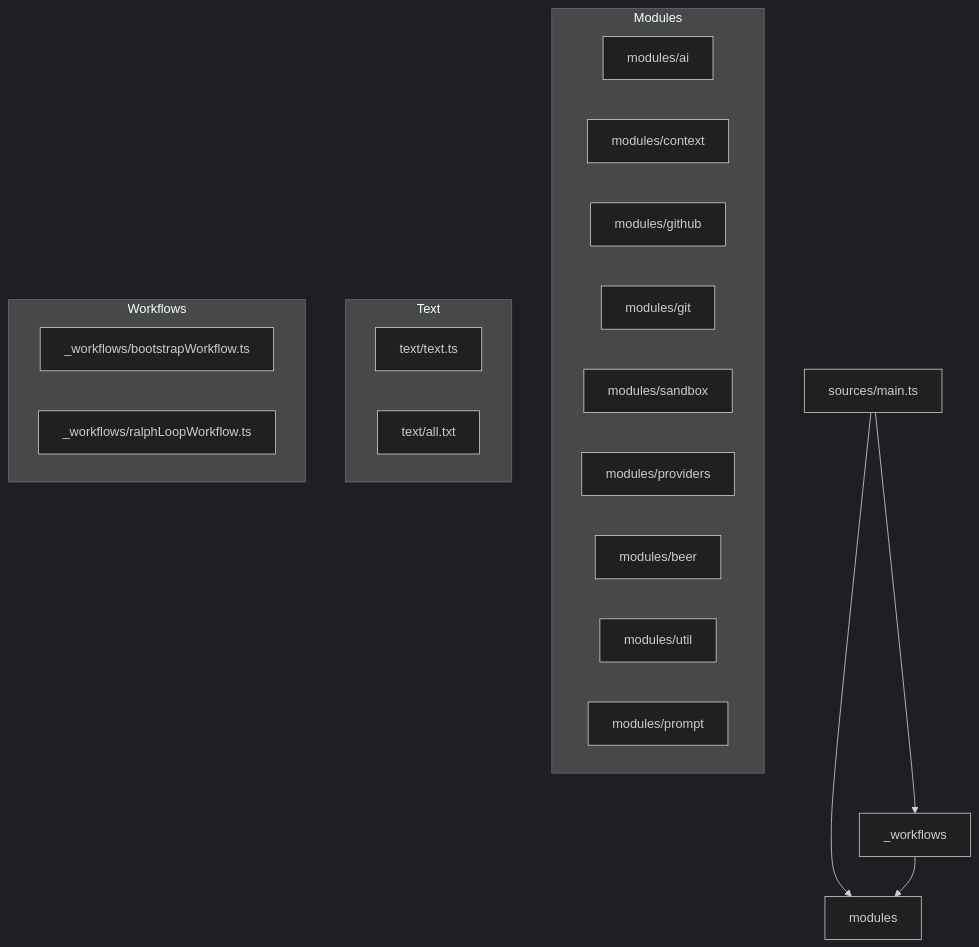
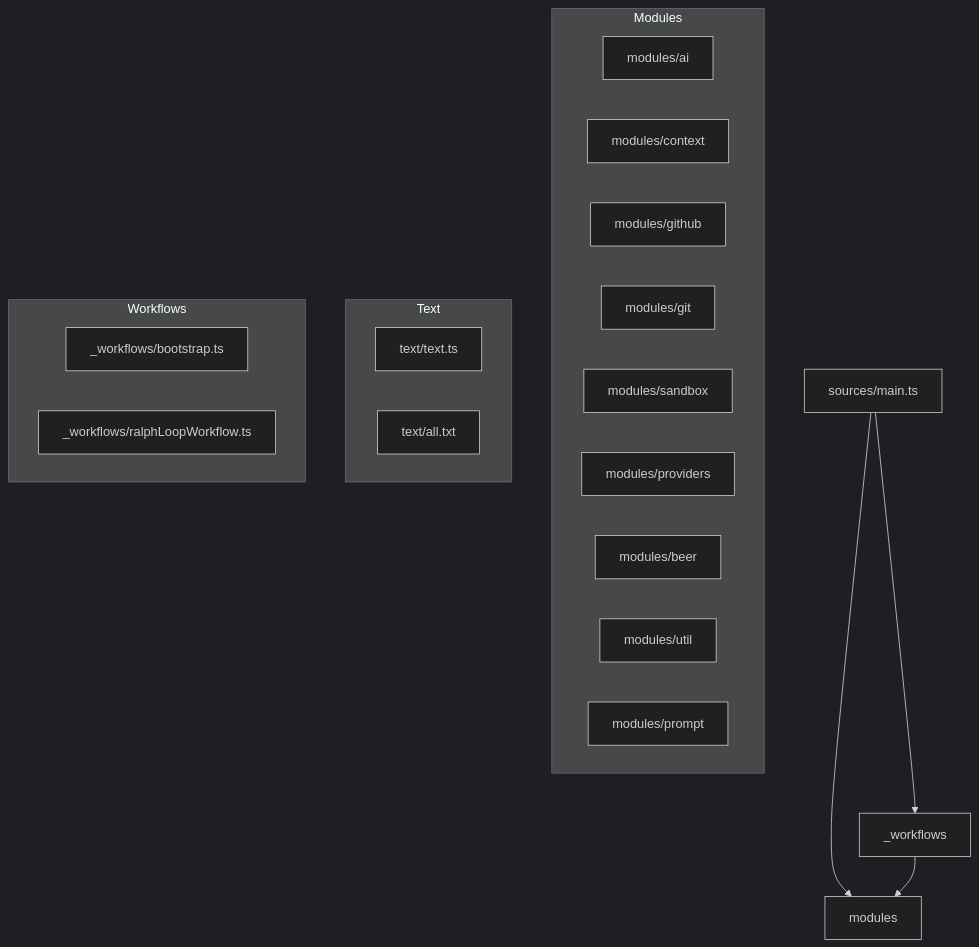
One commit to ex3ndr/holdmybeer changed the diagram in doc/modules-apps-separation.md. Above: the diagram before and after it, drawn with Mermaid (dark theme). The commit also changed 8 other files, not shown here.

Commit message:
refactor(workflows): rename bootstrapWorkflow to bootstrap

````diff
--- a/doc/modules-apps-separation.md
+++ b/doc/modules-apps-separation.md
@@ -7,28 +7,28 @@
 ```mermaid
 flowchart TD
   A[sources/main.ts] --> B[modules]
   A --> C[_workflows]
   C --> B
 
   subgraph Modules
     M1[modules/ai]
     M2[modules/context]
     M3[modules/github]
     M4[modules/git]
     M5[modules/sandbox]
     M6[modules/providers]
     M7[modules/beer]
     M8[modules/util]
     M9[modules/prompt]
   end
 
   subgraph Text
     T1[text/text.ts]
     T2[text/all.txt]
   end
 
   subgraph Workflows
-    A1[_workflows/bootstrapWorkflow.ts]
+    A1[_workflows/bootstrap.ts]
     A2[_workflows/ralphLoopWorkflow.ts]
   end
 ```
````
